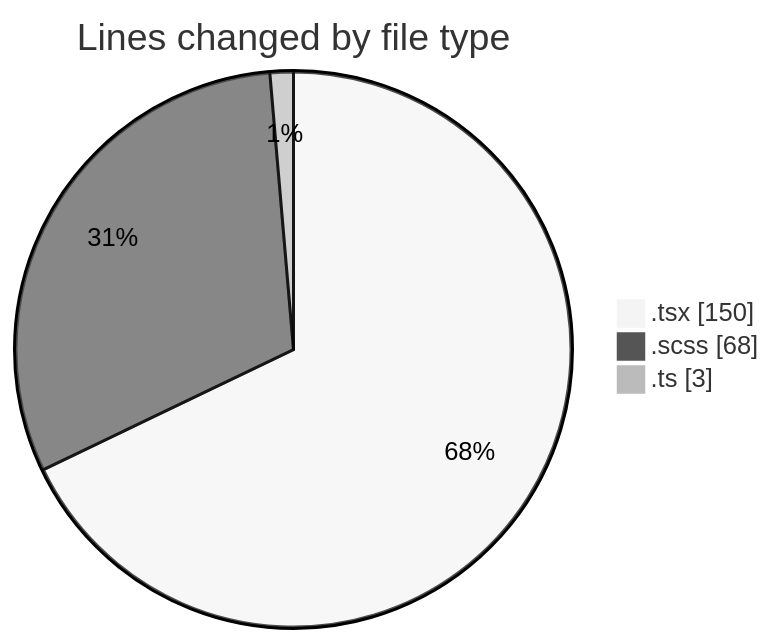
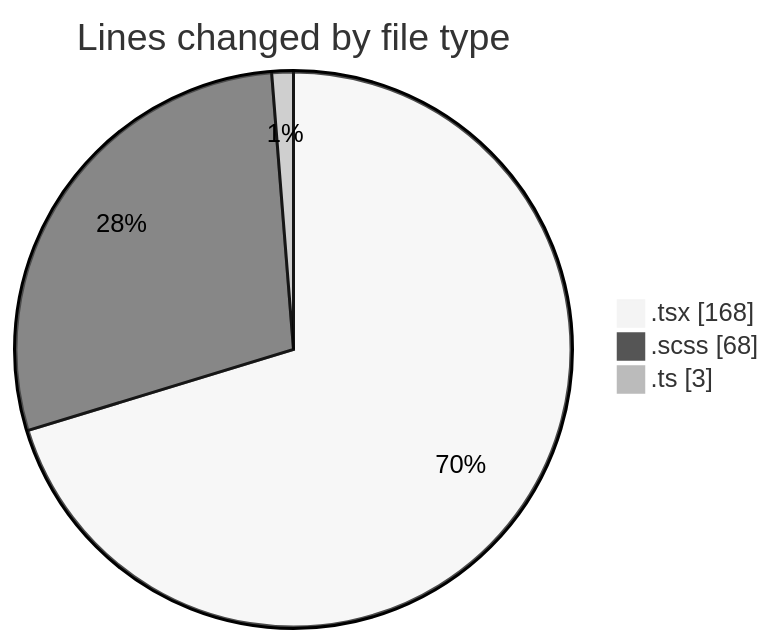
One commit to momahboobian/code-tracking changed the first of 2 diagrams in 2026-10-30/cda/README.md. Above: the diagram before and after it, drawn with Mermaid (neutral theme). The commit also changed other lines of this file and 1 other file, not shown here.

````diff
--- a/2026-10-30/cda/README.md
+++ b/2026-10-30/cda/README.md
@@ -24,7 +24,7 @@
 ```mermaid
 pie showData
 title Lines changed by file type
-".tsx" : 150
+".tsx" : 168
 ".scss" : 68
 ".ts" : 3
 ```
````
